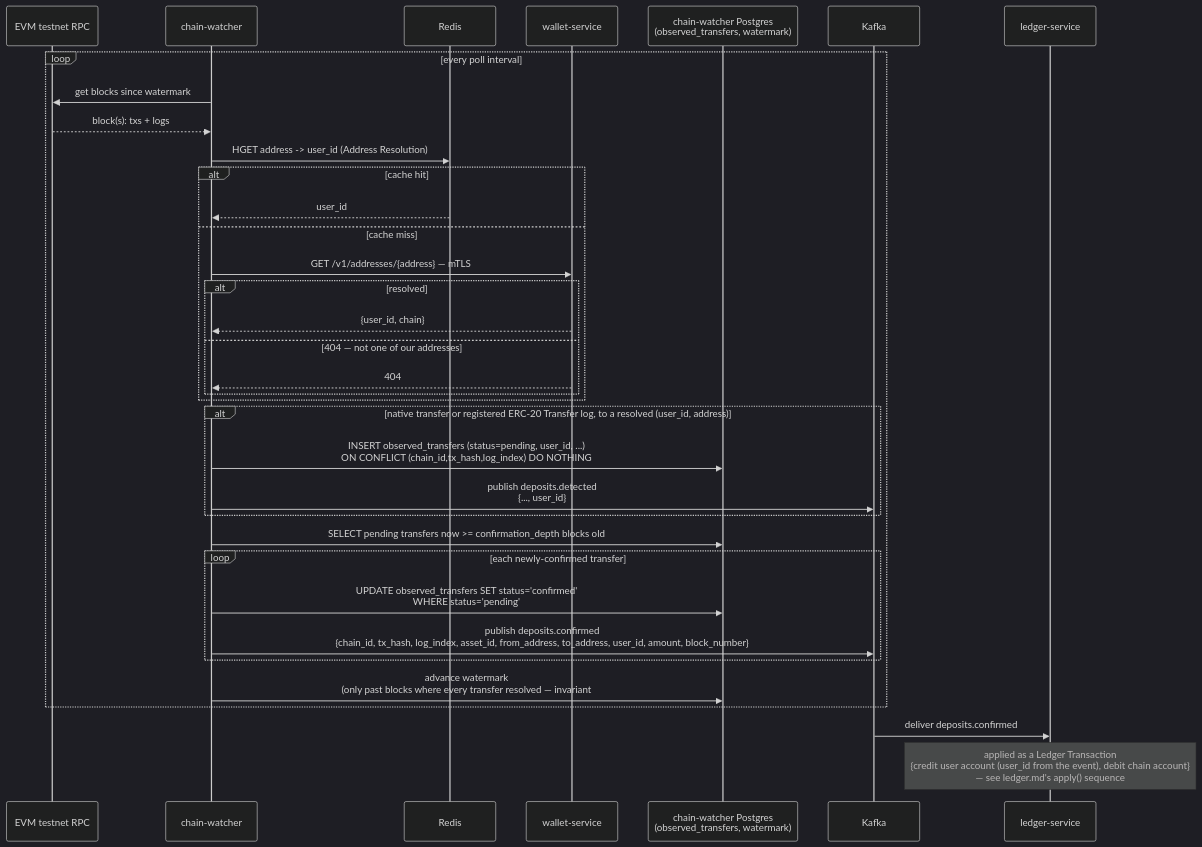
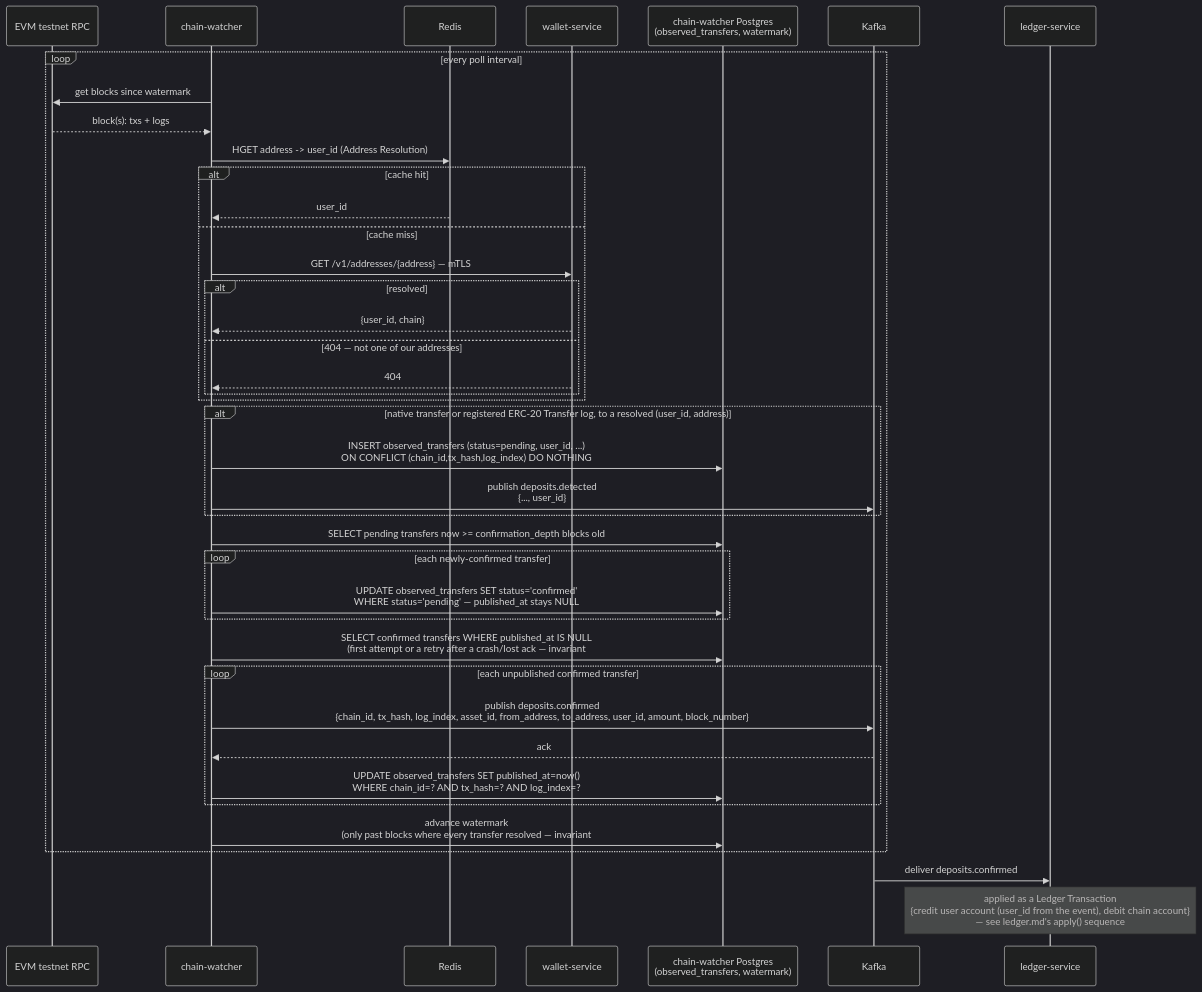
Before and after one commit to VuKhuongDuy/DigiWal: the first of 2 diagrams in docs/design/deposit-flow.md, drawn with Mermaid (dark theme). The commit also changed other lines of this file and 4 other files, not shown here.

First line of the commit message:
deposit-flow, integration-contracts, wallet-tiering, service-auth-mtls: close 6 gaps from Tech Lead review

````diff
--- a/docs/design/deposit-flow.md
+++ b/docs/design/deposit-flow.md
@@ -336,39 +423,44 @@
 ```mermaid
 sequenceDiagram
     participant RPC as EVM testnet RPC
     participant CW as chain-watcher
     participant Redis
     participant Wallet as wallet-service
     participant PG as chain-watcher Postgres<br/>(observed_transfers, watermark)
     participant Kafka
     participant Ledger as ledger-service
 
     loop every poll interval
         CW->>RPC: get blocks since watermark
         RPC-->>CW: block(s): txs + logs
         CW->>Redis: HGET address -> user_id (Address Resolution)
         alt cache hit
             Redis-->>CW: user_id
         else cache miss
             CW->>Wallet: GET /v1/addresses/{address} — mTLS
             alt resolved
                 Wallet-->>CW: {user_id, chain}
             else 404 — not one of our addresses
                 Wallet-->>CW: 404
             end
         end
         alt native transfer or registered ERC-20 Transfer log, to a resolved (user_id, address)
             CW->>PG: INSERT observed_transfers (status=pending, user_id, ...)<br/>ON CONFLICT (chain_id,tx_hash,log_index) DO NOTHING
             CW->>Kafka: publish deposits.detected<br/>{..., user_id}
         end
         CW->>PG: SELECT pending transfers now >= confirmation_depth blocks old
         loop each newly-confirmed transfer
-            CW->>PG: UPDATE observed_transfers SET status='confirmed'<br/>WHERE status='pending'
+            CW->>PG: UPDATE observed_transfers SET status='confirmed'<br/>WHERE status='pending' — published_at stays NULL
+        end
+        CW->>PG: SELECT confirmed transfers WHERE published_at IS NULL<br/>(first attempt or a retry after a crash/lost ack — invariant #3, revised)
+        loop each unpublished confirmed transfer
             CW->>Kafka: publish deposits.confirmed<br/>{chain_id, tx_hash, log_index, asset_id, from_address, to_address, user_id, amount, block_number}
+            Kafka-->>CW: ack
+            CW->>PG: UPDATE observed_transfers SET published_at=now()<br/>WHERE chain_id=? AND tx_hash=? AND log_index=?
         end
         CW->>PG: advance watermark<br/>(only past blocks where every transfer resolved — invariant #1/#4)
     end
 
     Kafka->>Ledger: deliver deposits.confirmed
     Note over Ledger: applied as a Ledger Transaction<br/>{credit user account (user_id from the event), debit chain account}<br/>— see ledger.md's apply() sequence
 ```
````
